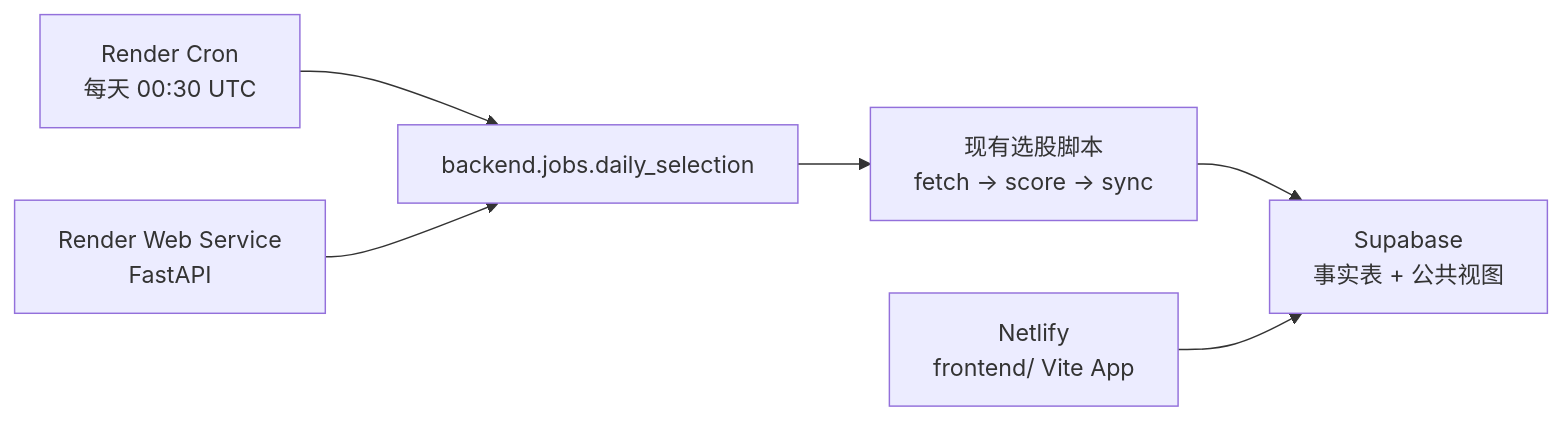
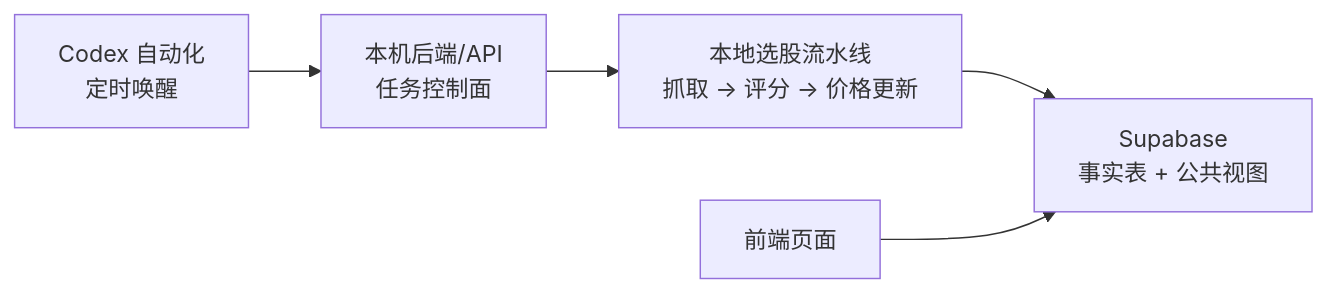
Before and after one commit to Lili-big/BullFarm: the diagram in README.md, drawn with Mermaid. The commit also changed other lines of this file and 28 other files, not shown here.

````diff
--- a/README.md
+++ b/README.md
@@ -9,8 +9,7 @@
 ```mermaid
 flowchart LR
-  A["Render Cron<br/>每天 00:30 UTC"] --> B["backend.jobs.daily_selection"]
-  C["Render Web Service<br/>FastAPI"] --> B
-  B --> D["现有选股脚本<br/>fetch -> score -> sync"]
-  D --> E["Supabase<br/>事实表 + 公共视图"]
-  F["Netlify<br/>frontend/ Vite App"] --> E
+  A["Codex 自动化<br/>定时唤醒"] --> B["本机后端/API<br/>任务控制面"]
+  B --> C["本地选股流水线<br/>抓取 -> 评分 -> 价格更新"]
+  C --> D["Supabase<br/>事实表 + 公共视图"]
+  E["前端页面"] --> D
 ```
````
